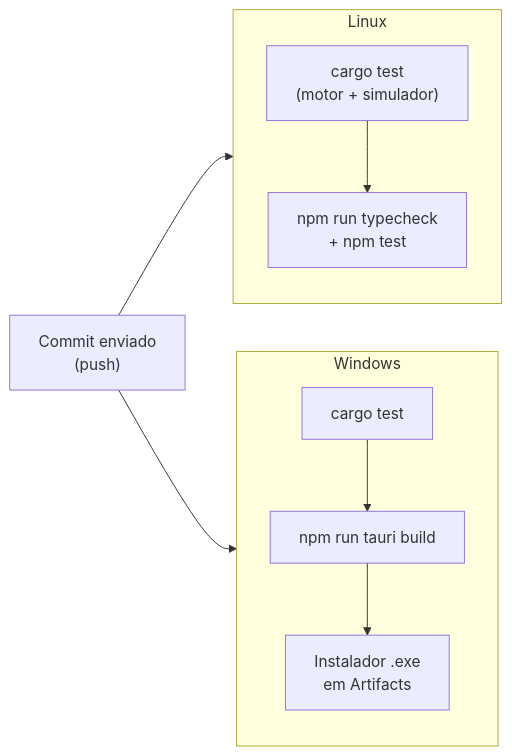
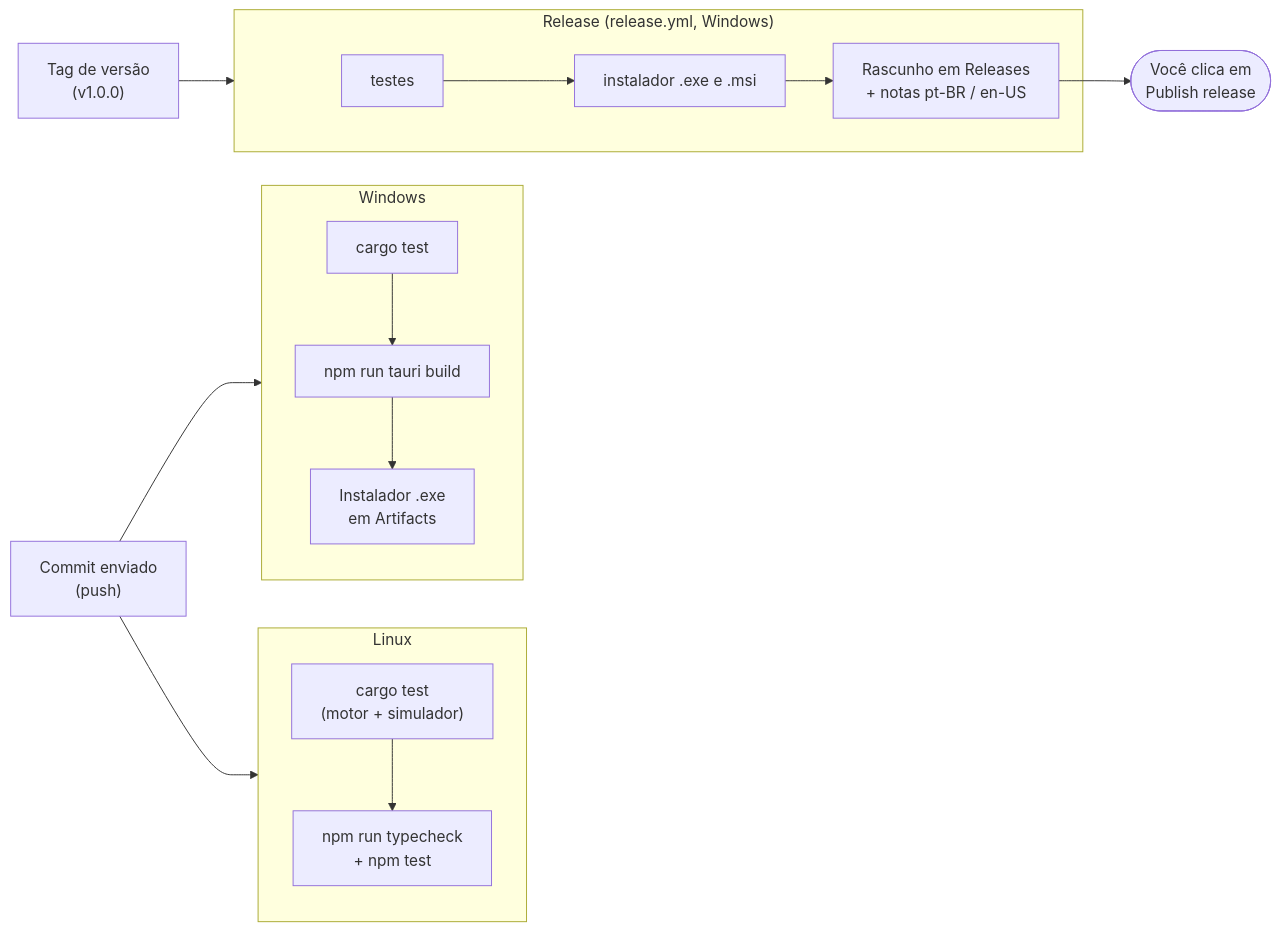
One commit to samuvieceli/obd2-scanner changed the tenth of 10 diagrams in docs/DIAGRAMAS.md. Above: the diagram before and after it, drawn with Mermaid. The commit also changed other lines of this file and 9 other files, not shown here.

````diff
--- a/docs/DIAGRAMAS.md
+++ b/docs/DIAGRAMAS.md
@@ -268,10 +268,15 @@
 ```mermaid
 flowchart LR
     push["Commit enviado<br/>(push)"] --> linux & windows
     subgraph linux["Linux"]
         core["cargo test<br/>(motor + simulador)"] --> ts["npm run typecheck<br/>+ npm test"]
     end
     subgraph windows["Windows"]
         wtest["cargo test"] --> build["npm run tauri build"] --> nsis["Instalador .exe<br/>em Artifacts"]
     end
+    tag["Tag de versão<br/>(v1.0.0)"] --> rel
+    subgraph rel["Release (release.yml, Windows)"]
+        rtest["testes"] --> rbuild["instalador .exe e .msi"] --> draft["Rascunho em Releases<br/>+ notas pt-BR / en-US"]
+    end
+    draft --> pub(["Você clica em<br/>Publish release"])
 ```
````
